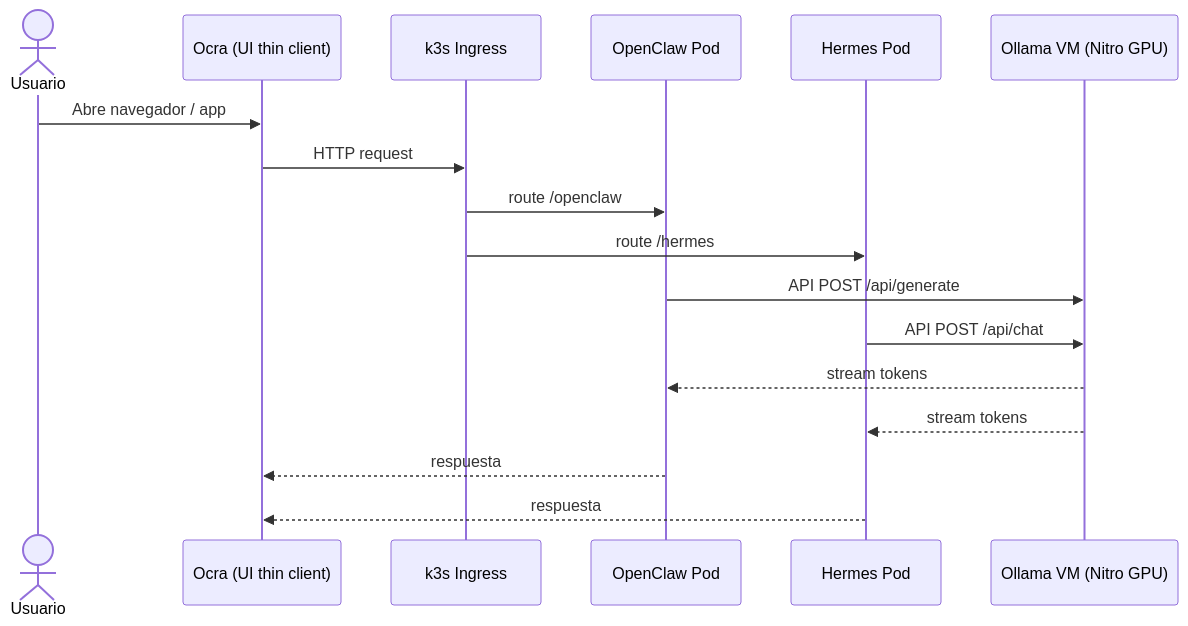
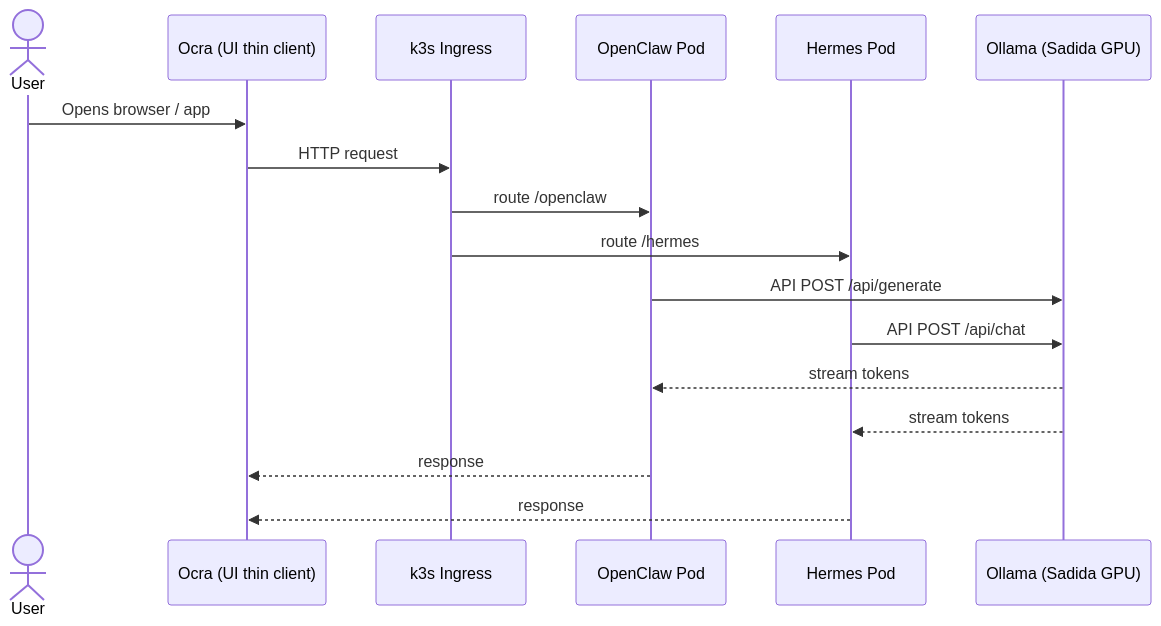
The second of 4 diagrams in README.md (SethSterling22/HomeLab_Architecture), drawn with Mermaid before and after one commit. The commit also changed other lines of this file, not shown here.

````diff
--- a/README.md
+++ b/README.md
@@ -121,20 +132,20 @@
 ```mermaid
 sequenceDiagram
-    actor Usuario
+    actor User
     participant Ocra as Ocra (UI thin client)
     participant k3s as k3s Ingress
     participant OpenClaw as OpenClaw Pod
     participant Hermes as Hermes Pod
-    participant Ollama as Ollama VM (Nitro GPU)
-
-    Usuario->>Ocra: Abre navegador / app
+    participant Ollama as Ollama (Sadida GPU)
+ 
+    User->>Ocra: Opens browser / app
     Ocra->>k3s: HTTP request
     k3s->>OpenClaw: route /openclaw
     k3s->>Hermes: route /hermes
     OpenClaw->>Ollama: API POST /api/generate
     Hermes->>Ollama: API POST /api/chat
     Ollama-->>OpenClaw: stream tokens
     Ollama-->>Hermes: stream tokens
-    OpenClaw-->>Ocra: respuesta
-    Hermes-->>Ocra: respuesta
+    OpenClaw-->>Ocra: response
+    Hermes-->>Ocra: response
 ```
````
